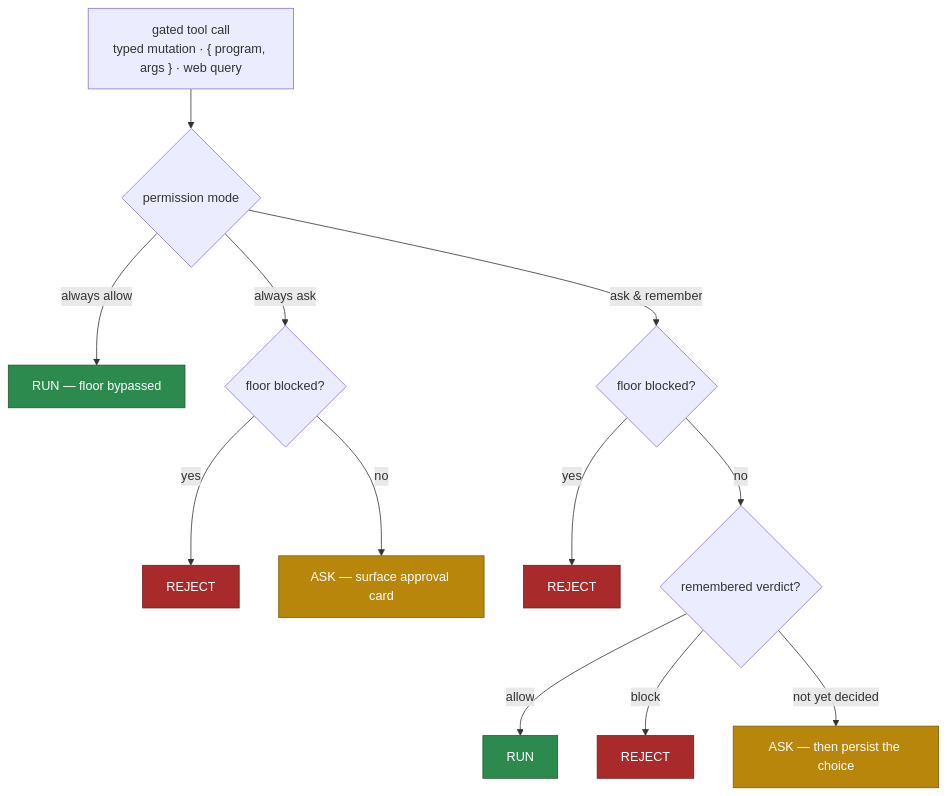
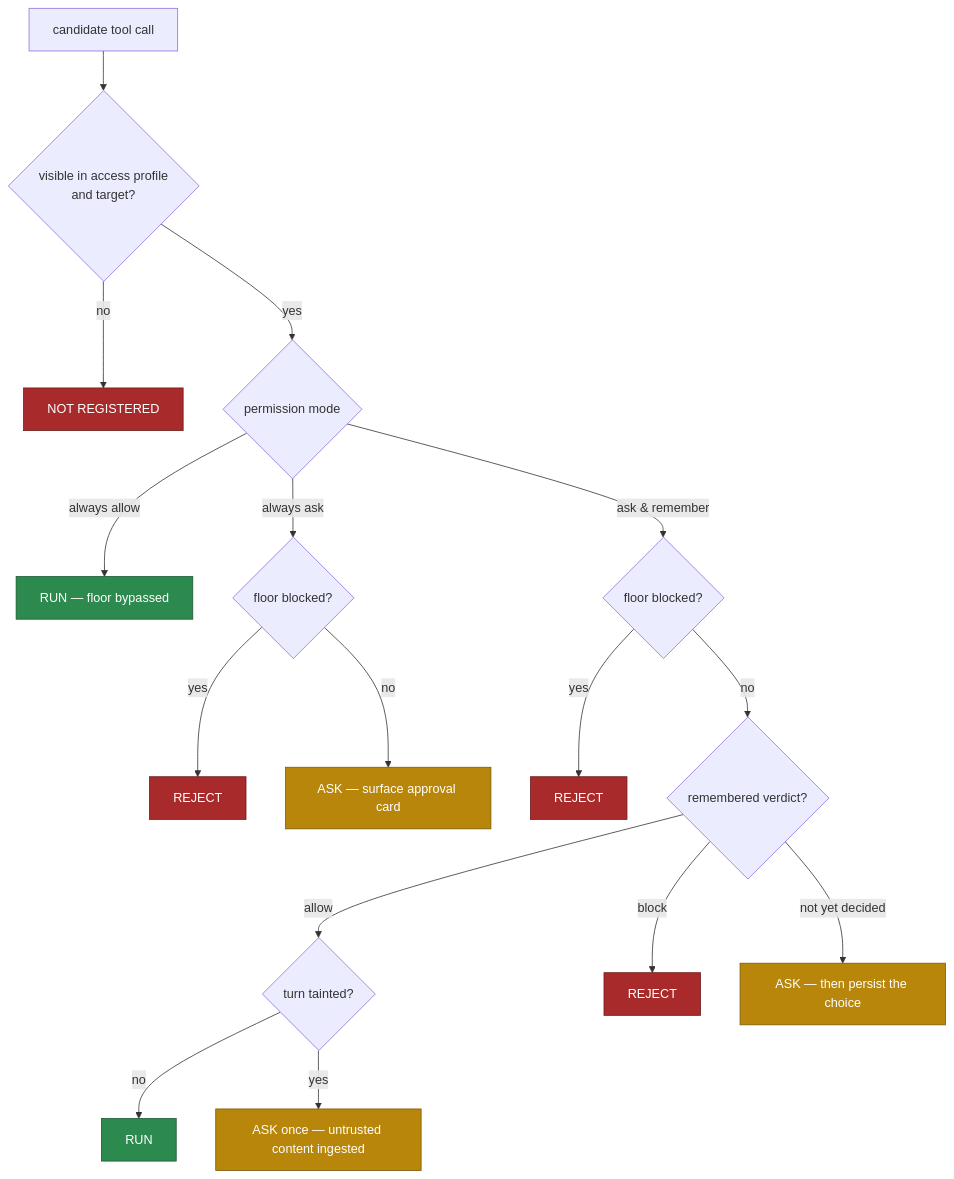
Before and after one commit to iongion/container-desktop: the second of 2 diagrams in docs/architecture/ai-subsystem.md, drawn with Mermaid. The commit also changed other lines of this file and 1901 other files, not shown here.

````diff
--- a/docs/architecture/ai-subsystem.md
+++ b/docs/architecture/ai-subsystem.md
@@ -150,18 +339,22 @@
 ```mermaid
 flowchart TD
-  call["gated tool call<br/>typed mutation · { program, args } · web query"] --> mode{permission mode}
+  call["candidate tool call"] --> access{visible in access profile<br/>and target?}
+  access -->|no| hidden["NOT REGISTERED"]:::rej
+  access -->|yes| mode{permission mode}
   mode -->|always allow| runX["RUN — floor bypassed"]:::run
   mode -->|always ask| fA{floor blocked?}
   mode -->|ask &amp; remember| fR{floor blocked?}
   fA -->|yes| rej1["REJECT"]:::rej
   fA -->|no| ask1["ASK — surface approval card"]:::ask
   fR -->|yes| rej2["REJECT"]:::rej
   fR -->|no| cv{remembered verdict?}
-  cv -->|allow| run2["RUN"]:::run
+  cv -->|allow| tnt{turn tainted?}
   cv -->|block| rej3["REJECT"]:::rej
   cv -->|not yet decided| askp["ASK — then persist the choice"]:::ask
+  tnt -->|no| run2["RUN"]:::run
+  tnt -->|yes| askt["ASK once — untrusted content ingested"]:::ask
 
   classDef run fill:#2d8a4e,color:#fff,stroke:#1c5a32;
   classDef ask fill:#b8860b,color:#fff,stroke:#7a5a07;
   classDef rej fill:#a82a2a,color:#fff,stroke:#6d1c1c;
 ```
````
